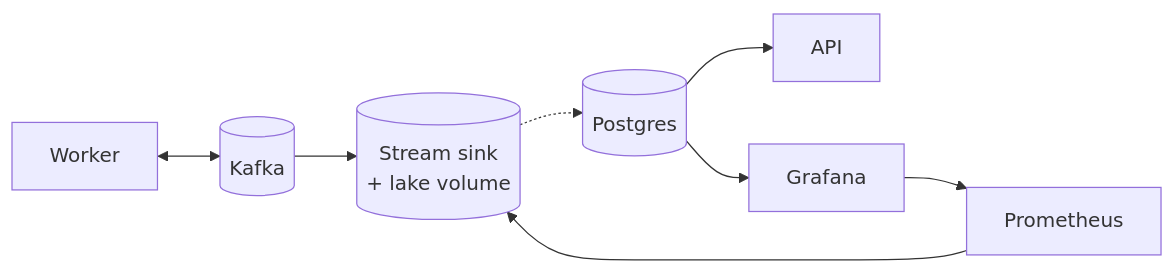
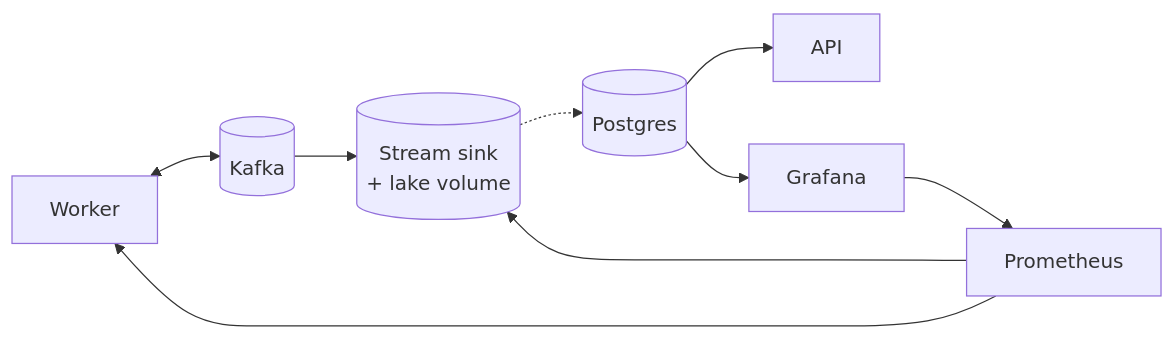
The second of 2 diagrams in README.md (thaitri2005/BlockPulse), drawn with Mermaid before and after one commit. The commit also changed other lines of this file and 2 other files, not shown here.

Commit message:
docs: project closed; status, counts and diagrams brought up to date

````diff
--- a/README.md
+++ b/README.md
@@ -54,10 +56,11 @@
 ```mermaid
 flowchart LR
     worker["Worker"] <--> kafka[("Kafka")]
     kafka --> sink[("Stream sink<br/>+ lake volume")]
     sink -.-> pg[("Postgres")]
     pg --> api["API"]
     pg --> grafana["Grafana"]
     prom["Prometheus"] --> sink
+    prom --> worker
     grafana --> prom
 ```
````
